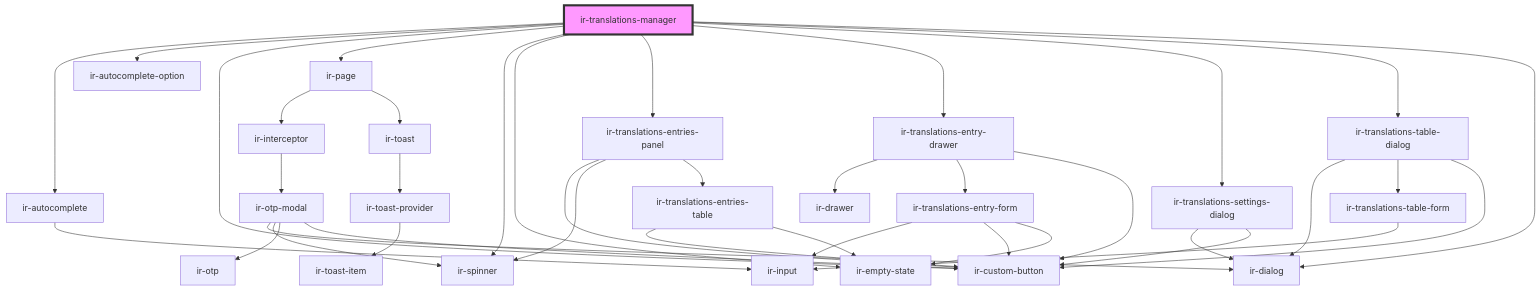
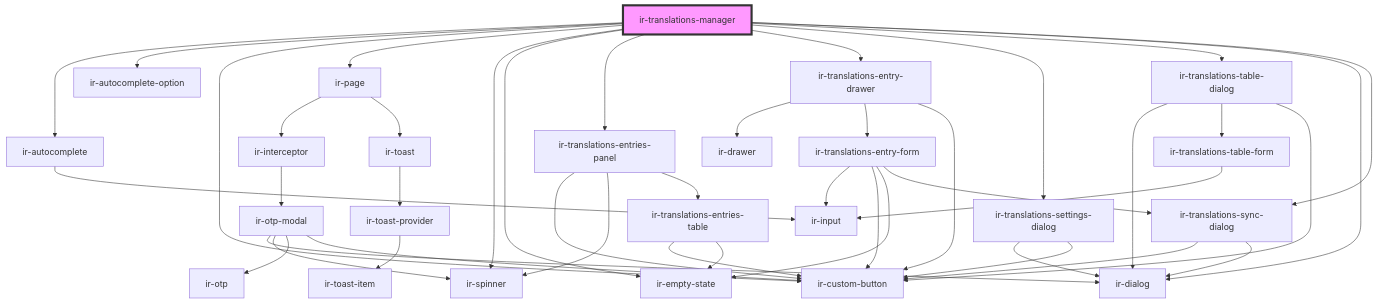
Before and after one commit to RonyRizk/ir-webcmp: the diagram in src/components/ir-translations-manager/readme.md, drawn with Mermaid. The commit also changed other lines of this file and 17 other files, not shown here.

````diff
--- a/src/components/ir-translations-manager/readme.md
+++ b/src/components/ir-translations-manager/readme.md
@@ -34,42 +33,46 @@
 ```mermaid
 graph TD;
   ir-translations-manager --> ir-autocomplete
   ir-translations-manager --> ir-autocomplete-option
   ir-translations-manager --> ir-custom-button
   ir-translations-manager --> ir-page
   ir-translations-manager --> ir-spinner
   ir-translations-manager --> ir-empty-state
   ir-translations-manager --> ir-translations-entries-panel
   ir-translations-manager --> ir-translations-entry-drawer
   ir-translations-manager --> ir-translations-settings-dialog
   ir-translations-manager --> ir-translations-table-dialog
   ir-translations-manager --> ir-dialog
+  ir-translations-manager --> ir-translations-sync-dialog
   ir-autocomplete --> ir-input
   ir-page --> ir-interceptor
   ir-page --> ir-toast
   ir-interceptor --> ir-otp-modal
   ir-otp-modal --> ir-dialog
   ir-otp-modal --> ir-spinner
   ir-otp-modal --> ir-otp
   ir-otp-modal --> ir-custom-button
   ir-toast --> ir-toast-provider
   ir-toast-provider --> ir-toast-item
   ir-translations-entries-panel --> ir-custom-button
   ir-translations-entries-panel --> ir-spinner
   ir-translations-entries-panel --> ir-translations-entries-table
   ir-translations-entries-table --> ir-custom-button
   ir-translations-entries-table --> ir-empty-state
   ir-translations-entry-drawer --> ir-drawer
   ir-translations-entry-drawer --> ir-translations-entry-form
   ir-translations-entry-drawer --> ir-custom-button
   ir-translations-entry-form --> ir-input
   ir-translations-entry-form --> ir-custom-button
   ir-translations-entry-form --> ir-empty-state
+  ir-translations-entry-form --> ir-translations-sync-dialog
+  ir-translations-sync-dialog --> ir-custom-button
+  ir-translations-sync-dialog --> ir-dialog
   ir-translations-settings-dialog --> ir-dialog
   ir-translations-settings-dialog --> ir-custom-button
   ir-translations-table-dialog --> ir-dialog
   ir-translations-table-dialog --> ir-translations-table-form
   ir-translations-table-dialog --> ir-custom-button
   ir-translations-table-form --> ir-input
   style ir-translations-manager fill:#f9f,stroke:#333,stroke-width:4px
 ```
````
